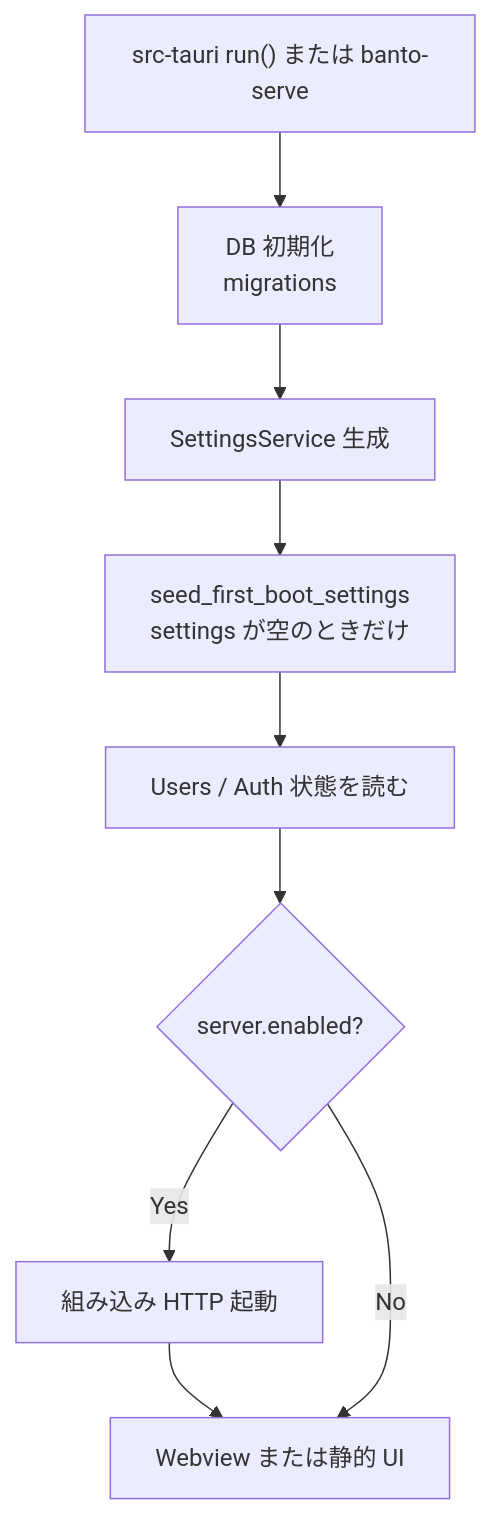
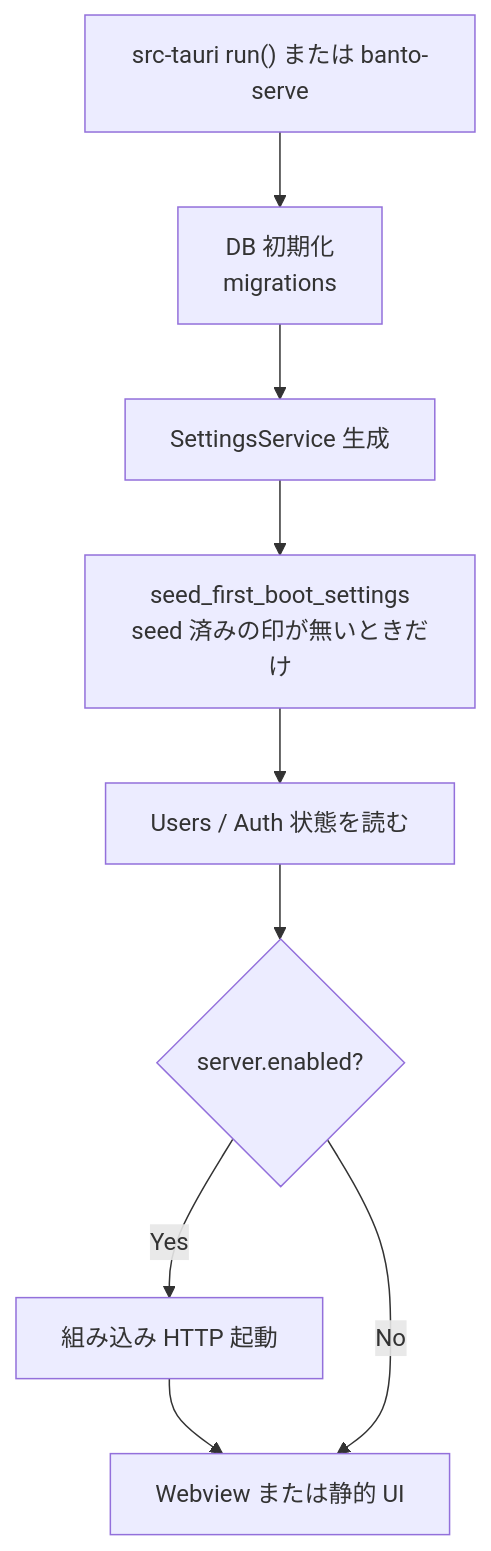
Before and after one commit to tyaro/banto: the seventh of 11 diagrams in docs/architecture-flows.md, drawn with Mermaid. The commit also changed other lines of this file and 30 other files, not shown here.

````diff
--- a/docs/architecture-flows.md
+++ b/docs/architecture-flows.md
@@ -225,16 +225,16 @@
 ```mermaid
 flowchart TD
   RUN["src-tauri run() または banto-serve"]
   DB["DB 初期化<br/>migrations"]
   SET["SettingsService 生成"]
-  SEED["seed_first_boot_settings<br/>settings が空のときだけ"]
+  SEED["seed_first_boot_settings<br/>seed 済みの印が無いときだけ"]
   AUTH["Users / Auth 状態を読む"]
   LAN{"server.enabled?"}
   EMB["組み込み HTTP 起動"]
   UI["Webview または静的 UI"]
 
   RUN --> DB --> SET --> SEED --> AUTH
   AUTH --> LAN
   LAN -->|Yes| EMB --> UI
   LAN -->|No| UI
 ```
````
